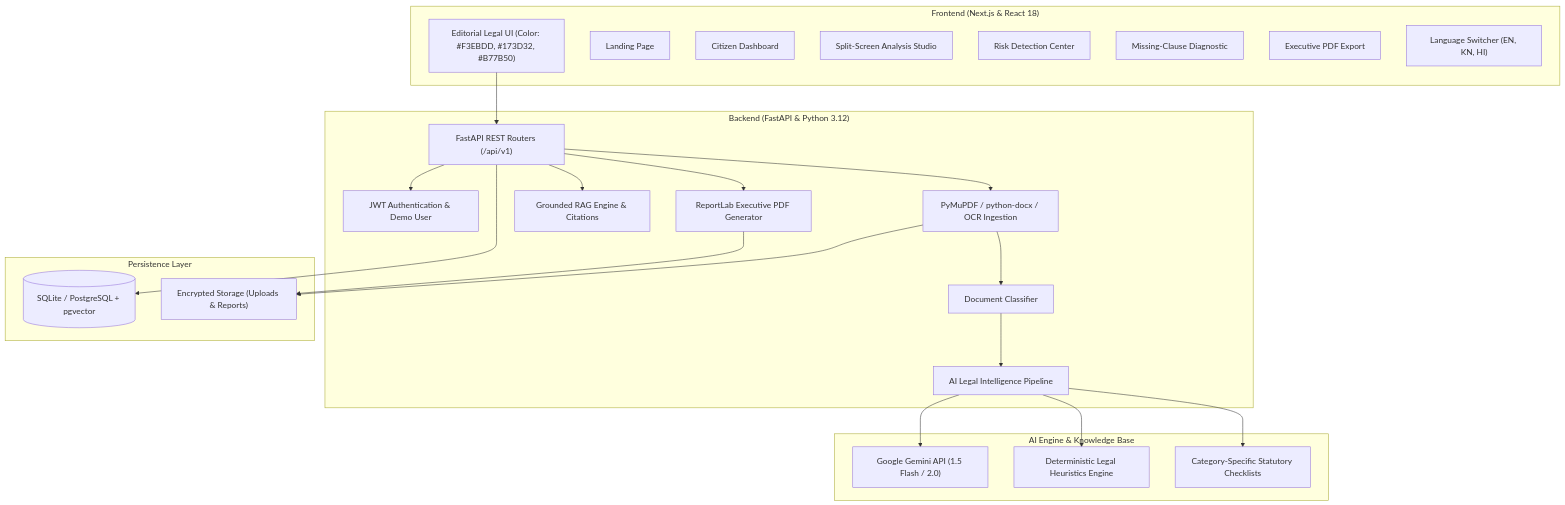
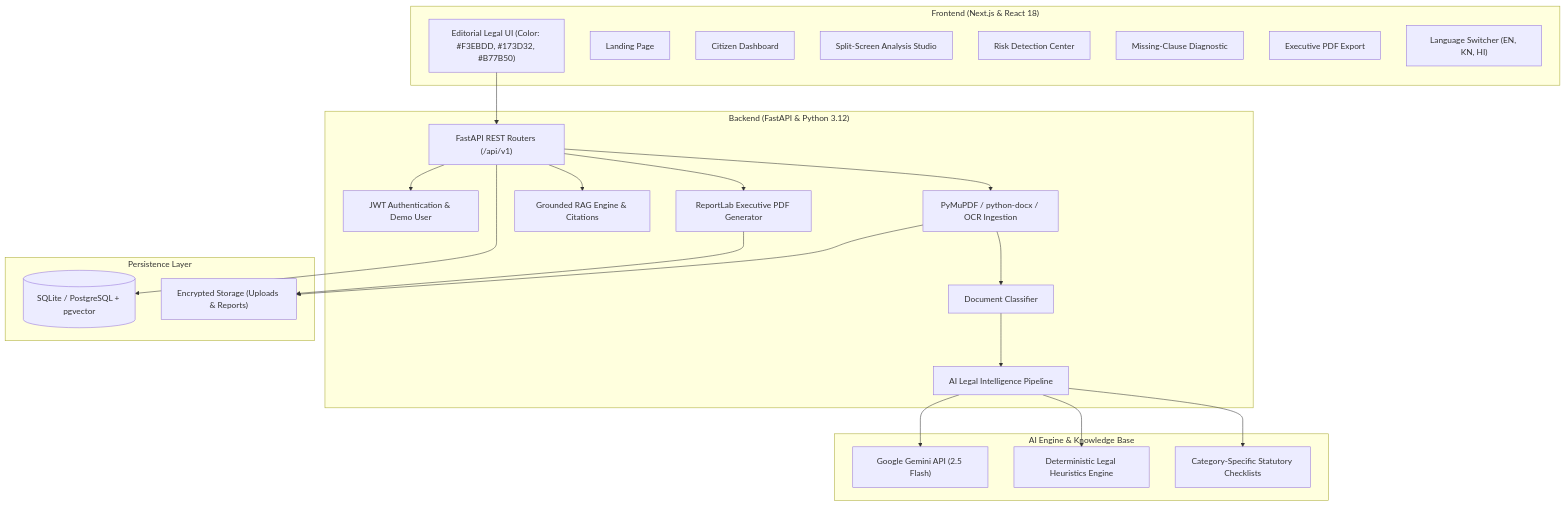
Before and after one commit to lingarajmelavanki/ai-legal-companion_MiniProject: the diagram in README.md, drawn with Mermaid. The commit also changed other lines of this file and 22 other files, not shown here.

````diff
--- a/README.md
+++ b/README.md
@@ -11,48 +11,48 @@
 ```mermaid
 flowchart TD
     subgraph Client ["Frontend (Next.js & React 18)"]
         UI["Editorial Legal UI (Color: #F3EBDD, #173D32, #B77B50)"]
         Landing["Landing Page"]
         Dashboard["Citizen Dashboard"]
         Studio["Split-Screen Analysis Studio"]
         RiskCenter["Risk Detection Center"]
         MissingChecklist["Missing-Clause Diagnostic"]
         Reports["Executive PDF Export"]
         LangContext["Language Switcher (EN, KN, HI)"]
     end
 
     subgraph Server ["Backend (FastAPI & Python 3.12)"]
         Router["FastAPI REST Routers (/api/v1)"]
         AuthService["JWT Authentication & Demo User"]
         DocExtractor["PyMuPDF / python-docx / OCR Ingestion"]
         Classifier["Document Classifier"]
         AIEngine["AI Legal Intelligence Pipeline"]
         RAG["Grounded RAG Engine & Citations"]
         PDFGenerator["ReportLab Executive PDF Generator"]
     end
 
     subgraph AI ["AI Engine & Knowledge Base"]
-        Gemini["Google Gemini API (1.5 Flash / 2.0)"]
+        Gemini["Google Gemini API (2.5 Flash)"]
         LegalRules["Deterministic Legal Heuristics Engine"]
         Checklists["Category-Specific Statutory Checklists"]
     end
 
     subgraph Database ["Persistence Layer"]
         DB[(SQLite / PostgreSQL + pgvector)]
         DiskStore["Encrypted Storage (Uploads & Reports)"]
     end
 
     UI --> Router
     Router --> AuthService
     Router --> DocExtractor
     DocExtractor --> Classifier
     Classifier --> AIEngine
     AIEngine --> Gemini
     AIEngine --> LegalRules
     AIEngine --> Checklists
     Router --> RAG
     Router --> PDFGenerator
     Router --> DB
     DocExtractor --> DiskStore
     PDFGenerator --> DiskStore
 ```
````
